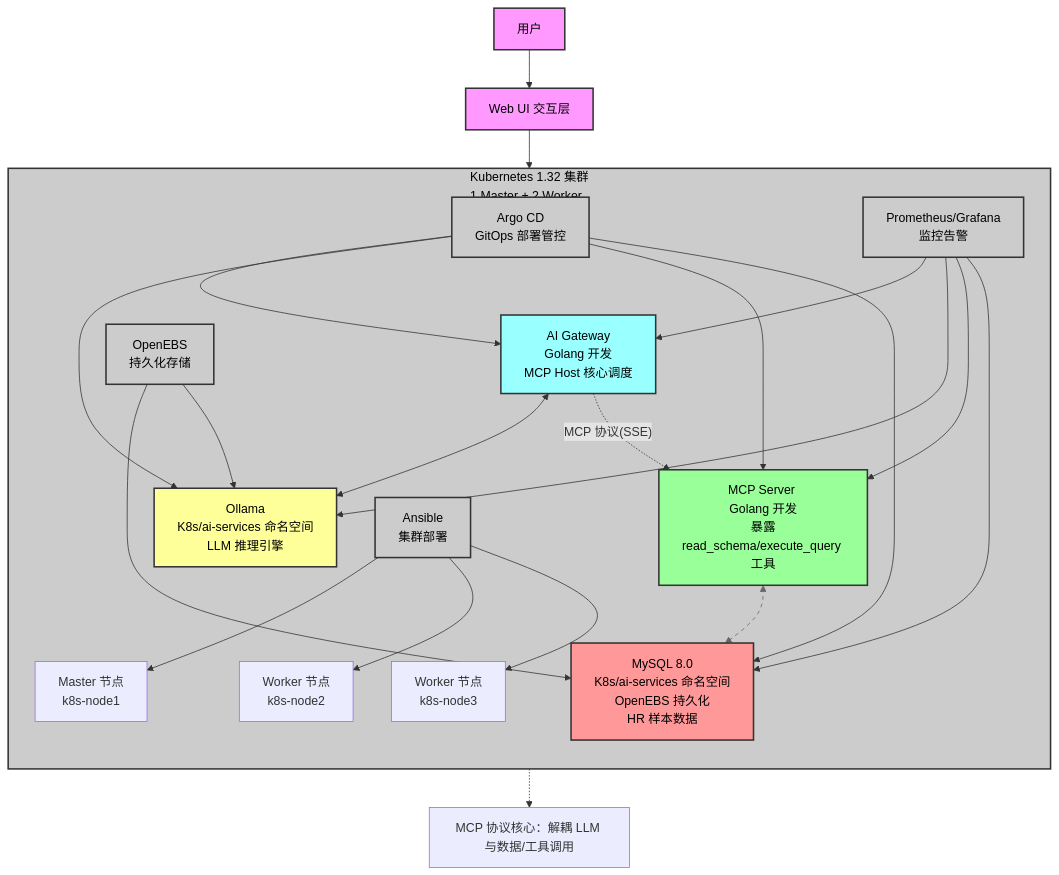
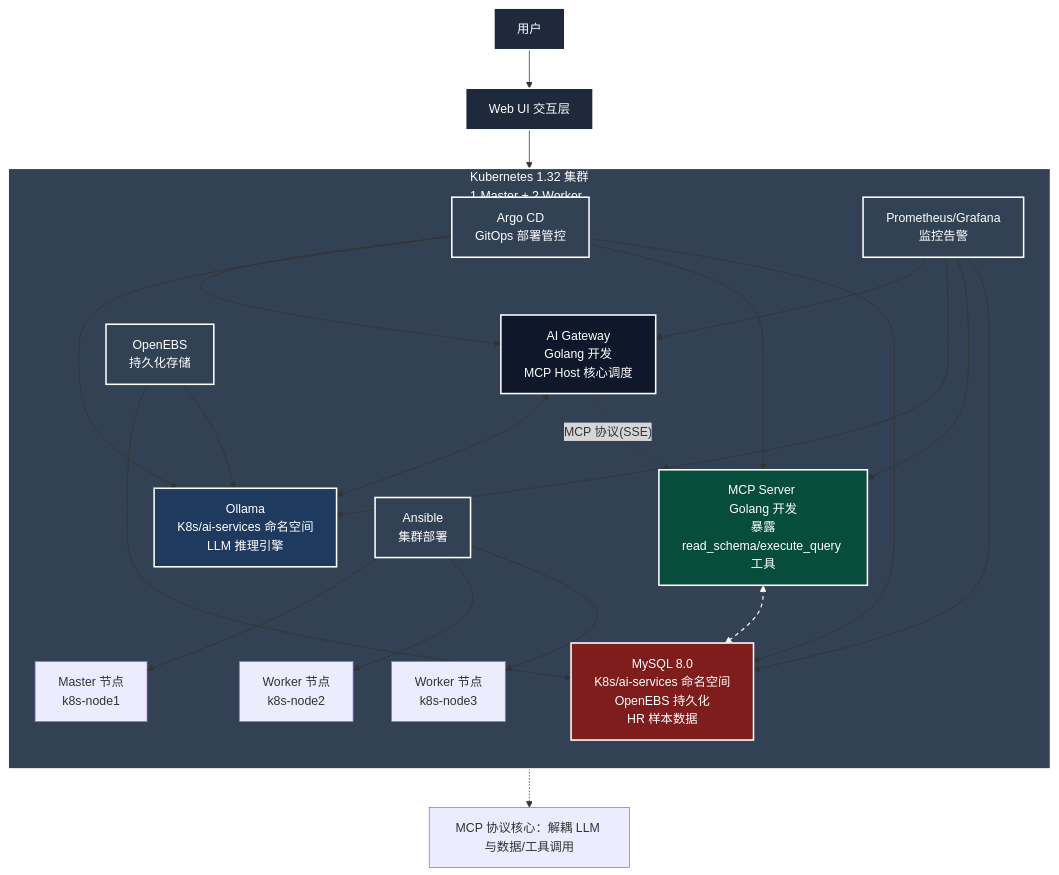
Before and after one commit to xiaowang-xian/MCP-: the diagram in README.md, drawn with Mermaid. The commit also changed other lines of this file, not shown here.

Commit message:
README.md

````diff
--- a/README.md
+++ b/README.md
@@ -29,54 +29,54 @@
 ```mermaid
 flowchart TB
-    %% 样式定义：按层级区分颜色，增强可读性
-    classDef userLayer fill:#f9f,stroke:#333,stroke-width:2px,color:#000
-    classDef gatewayLayer fill:#9ff,stroke:#333,stroke-width:2px,color:#000
-    classDef llmLayer fill:#ff9,stroke:#333,stroke-width:2px,color:#000
-    classDef mcpLayer fill:#9f9,stroke:#333,stroke-width:2px,color:#000
-    classDef dataLayer fill:#f99,stroke:#333,stroke-width:2px,color:#000
-    classDef infraLayer fill:#ccc,stroke:#333,stroke-width:2px,color:#000
+    %% 样式定义：纯深色模式高对比度，所有边框、连线、文字全白
+    classDef userLayer fill:#1e293b,stroke:#ffffff,stroke-width:2px,color:#ffffff
+    classDef gatewayLayer fill:#0f172a,stroke:#ffffff,stroke-width:2px,color:#ffffff
+    classDef llmLayer fill:#1e3a5f,stroke:#ffffff,stroke-width:2px,color:#ffffff
+    classDef mcpLayer fill:#064e3b,stroke:#ffffff,stroke-width:2px,color:#ffffff
+    classDef dataLayer fill:#7f1d1d,stroke:#ffffff,stroke-width:2px,color:#ffffff
+    classDef infraLayer fill:#334155,stroke:#ffffff,stroke-width:2px,color:#ffffff
 
     %% ====================== 1. 用户交互层 ======================
     User[用户] --> WebUI[Web UI 交互层]
     class User,WebUI userLayer
 
     %% ====================== 2. AI 网关层（MCP Host） ======================
     WebUI --> AIGateway[AI Gateway <br/> Golang 开发 <br/> MCP Host 核心调度]
     class AIGateway gatewayLayer
 
     %% ====================== 3. LLM 推理层 ======================
     AIGateway <--> Ollama[Ollama <br/> K8s/ai-services 命名空间 <br/> LLM 推理引擎]
     class Ollama llmLayer
 
     %% ====================== 4. MCP 服务层（工具暴露） ======================
     AIGateway -. MCP 协议(SSE) .-> MCPServer[MCP Server <br/> Golang 开发 <br/> 暴露 read_schema/execute_query 工具]
     class MCPServer mcpLayer
 
     %% ====================== 5. 数据层 ======================
     MCPServer <--> MySQL[MySQL 8.0 <br/> K8s/ai-services 命名空间 <br/> OpenEBS 持久化 <br/> HR 样本数据]
     class MySQL dataLayer
 
     %% ====================== 6. 基础设施层（K8s 集群） ======================
     subgraph K8sCluster[Kubernetes 1.32 集群 <br/> 1 Master + 2 Worker]
         direction TB
         Ansible[Ansible <br/> 集群部署] --> K8sMaster[Master 节点 <br/> k8s-node1]
         Ansible --> K8sWorker1[Worker 节点 <br/> k8s-node2]
         Ansible --> K8sWorker2[Worker 节点 <br/> k8s-node3]
         
         ArgoCD[Argo CD <br/> GitOps 部署管控]
         Prometheus[Prometheus/Grafana <br/> 监控告警]
         OpenEBS[OpenEBS <br/> 持久化存储]
         
         %% 基础设施关联业务组件
         OpenEBS --> MySQL
         OpenEBS --> Ollama
         ArgoCD --> AIGateway & Ollama & MCPServer & MySQL
         Prometheus --> AIGateway & Ollama & MCPServer & MySQL
     end
     class K8sCluster,Ansible,ArgoCD,Prometheus,OpenEBS infraLayer
 
-    %% 链路标注（增强可读性）
-    linkStyle 4 stroke:#666,stroke-width:1px,stroke-dasharray:5,5
+    %% 链路标注：纯白色虚线，深色模式下清晰可见
+    linkStyle 4 stroke:#ffffff,stroke-width:1.5px,stroke-dasharray:5,5
     note["MCP 协议核心：解耦 LLM 与数据/工具调用"]
     AIGateway -.-> note
 ```
````
